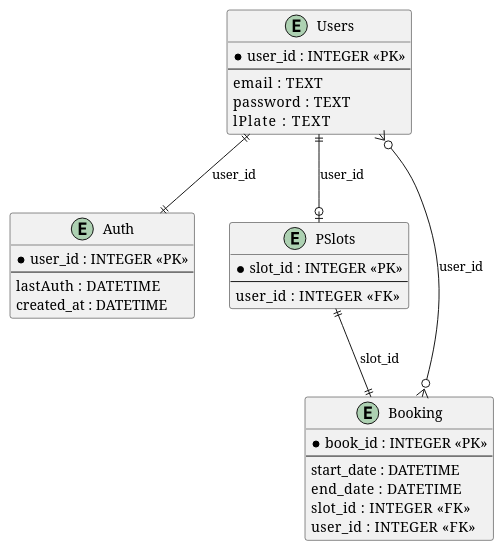
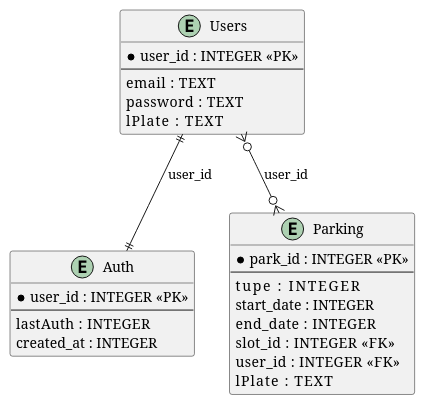
The diagram in server/database/diagram.puml (Field-Effect-Transistor/cautious-winner), drawn with PlantUML before and after one commit. The commit also changed 8 other files, not shown here.

Commit message:
parkingPrototype db uml refactored user model mostly realized

```diff
--- a/server/database/diagram.puml
+++ b/server/database/diagram.puml
@@ -1,37 +1,31 @@
 @startuml database
 
 entity "Users" as users {
     * user_id   : INTEGER <<PK>>
     --
     email    : TEXT
     password    : TEXT
     lPlate      : TEXT
 }
 
 entity "Auth" as auth {
     * user_id   : INTEGER <<PK>>
     --
-    lastAuth    : DATETIME
-    created_at  : DATETIME
+    lastAuth    : INTEGER
+    created_at  : INTEGER
 }
 
-entity "PSlots" as pSlots {
-    * slot_id   : INTEGER <<PK>>
+entity "Parking" as parking {
+    * park_id   : INTEGER <<PK>>
     --
+    tupe        : INTEGER
+    start_date  : INTEGER
+    end_date    : INTEGER
+    slot_id     : INTEGER <<FK>>
     user_id     : INTEGER <<FK>>
+    lPlate      : TEXT
 }
 
-entity "Booking" as booking {
-    * book_id   : INTEGER <<PK>>
-    --
-    start_date  : DATETIME
-    end_date    : DATETIME
-    slot_id     : INTEGER <<FK>>
-    user_id     : INTEGER <<FK>>
-}
-
-users ||--o| pSlots : "user_id"
-users }o--o{ booking : "user_id"
+users }o--o{ parking : "user_id"
 users ||--|| auth   : "user_id"
-pSlots ||--|| booking : "slot_id"
 @enduml
```
